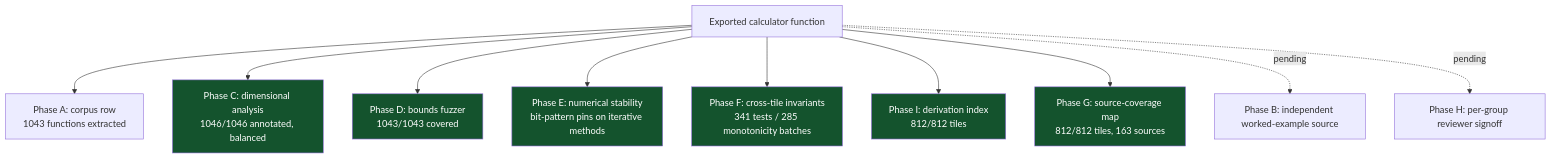
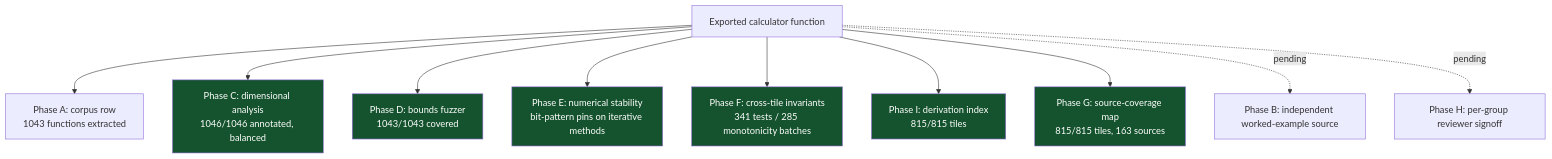
The sixth of 8 diagrams in README.md (clay-good/roughlogic.com), drawn with Mermaid before and after one commit. The commit also changed other lines of this file and 19 other files, not shown here.

````diff
--- a/README.md
+++ b/README.md
@@ -519,18 +519,18 @@
 ```mermaid
 flowchart TB
     F[Exported calculator function] --> A[Phase A: corpus row\n1043 functions extracted]
     F --> C[Phase C: dimensional analysis\n1046/1046 annotated, balanced]
     F --> D[Phase D: bounds fuzzer\n1043/1043 covered]
     F --> E[Phase E: numerical stability\nbit-pattern pins on iterative methods]
     F --> Fa[Phase F: cross-tile invariants\n341 tests / 285 monotonicity batches]
-    F --> I[Phase I: derivation index\n812/812 tiles]
-    F --> G[Phase G: source-coverage map\n812/812 tiles, 163 sources]
+    F --> I[Phase I: derivation index\n815/815 tiles]
+    F --> G[Phase G: source-coverage map\n815/815 tiles, 163 sources]
     F -.pending.-> B[Phase B: independent worked-example source]
     F -.pending.-> H[Phase H: per-group reviewer signoff]
     style C fill:#14532d,color:#fff
     style D fill:#14532d,color:#fff
     style E fill:#14532d,color:#fff
     style Fa fill:#14532d,color:#fff
     style G fill:#14532d,color:#fff
     style I fill:#14532d,color:#fff
 ```
````
